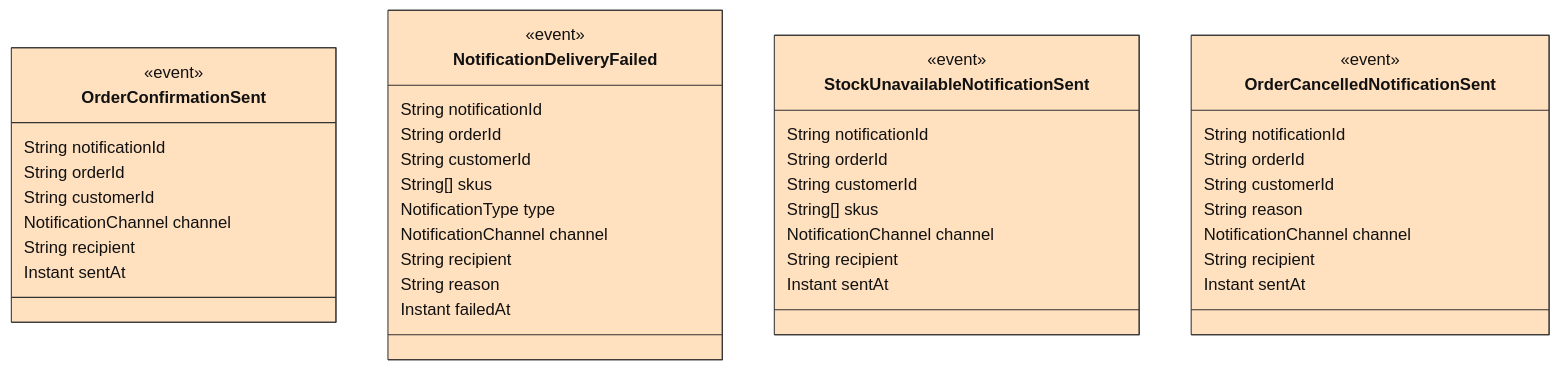
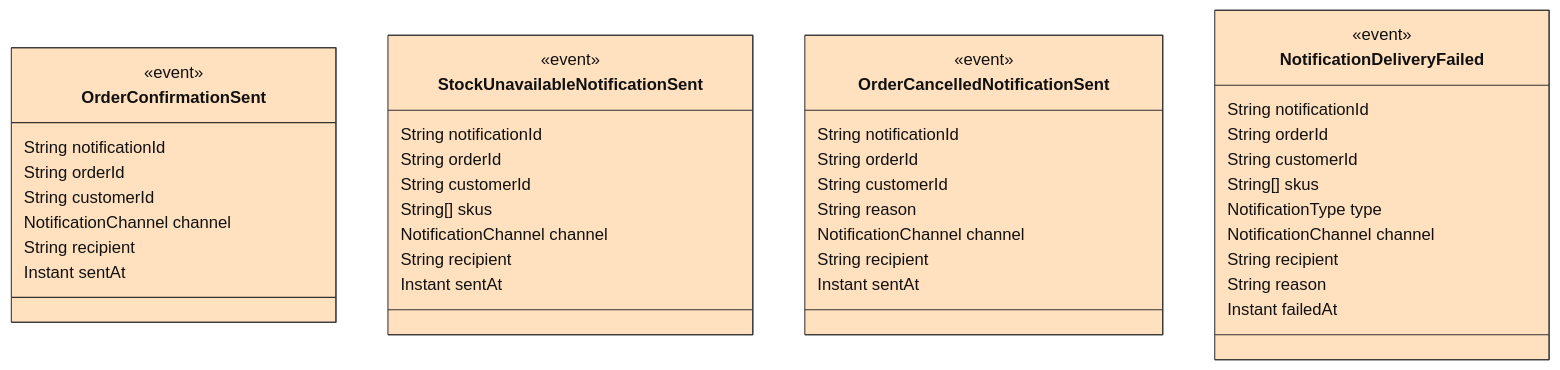
Before and after one commit to ZenWave360/dsl-kotlin: the fifth of 5 diagrams in dsl-docs/src/commonTest/resources/snapshots/arcadia-modulith/modules/notifications-consumer.md, drawn with Mermaid. The commit also changed other lines of this file and 14 other files, not shown here.

Commit message:
feat(views,docs): service box label as in the ZDL, @json field types, one domain events diagram per ZDL

````diff
--- a/dsl-docs/src/commonTest/resources/snapshots/arcadia-modulith/modules/notifications-consumer.md
+++ b/dsl-docs/src/commonTest/resources/snapshots/arcadia-modulith/modules/notifications-consumer.md
@@ -216,55 +213,55 @@
 ```mermaid
 ---
 config:
   theme: default
   themeVariables:
     lineColor: "#888888"
     edgeLabelBackground: "#ffffff"
 ---
 classDiagram
     class OrderConfirmationSent {
         <<event>>
         String notificationId
         String orderId
         String customerId
         NotificationChannel channel
         String recipient
         Instant sentAt
-    }
-    class NotificationDeliveryFailed {
-        <<event>>
-        String notificationId
-        String orderId
-        String customerId
-        String[] skus
-        NotificationType type
-        NotificationChannel channel
-        String recipient
-        String reason
-        Instant failedAt
     }
     class StockUnavailableNotificationSent {
         <<event>>
         String notificationId
         String orderId
         String customerId
         String[] skus
         NotificationChannel channel
         String recipient
         Instant sentAt
     }
     class OrderCancelledNotificationSent {
         <<event>>
         String notificationId
         String orderId
         String customerId
         String reason
         NotificationChannel channel
         String recipient
         Instant sentAt
     }
+    class NotificationDeliveryFailed {
+        <<event>>
+        String notificationId
+        String orderId
+        String customerId
+        String[] skus
+        NotificationType type
+        NotificationChannel channel
+        String recipient
+        String reason
+        Instant failedAt
+    }
     style OrderConfirmationSent fill:#ffe0bf,stroke:#333333,color:#111111
-    style NotificationDeliveryFailed fill:#ffe0bf,stroke:#333333,color:#111111
     style StockUnavailableNotificationSent fill:#ffe0bf,stroke:#333333,color:#111111
     style OrderCancelledNotificationSent fill:#ffe0bf,stroke:#333333,color:#111111
+    style NotificationDeliveryFailed fill:#ffe0bf,stroke:#333333,color:#111111
 ```
````
